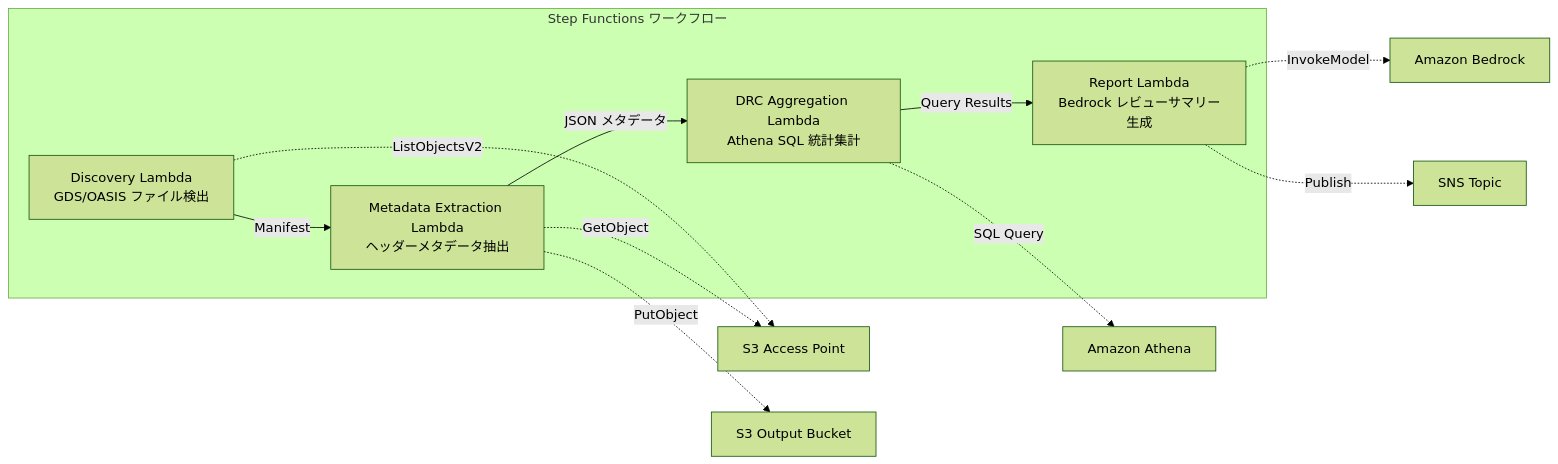
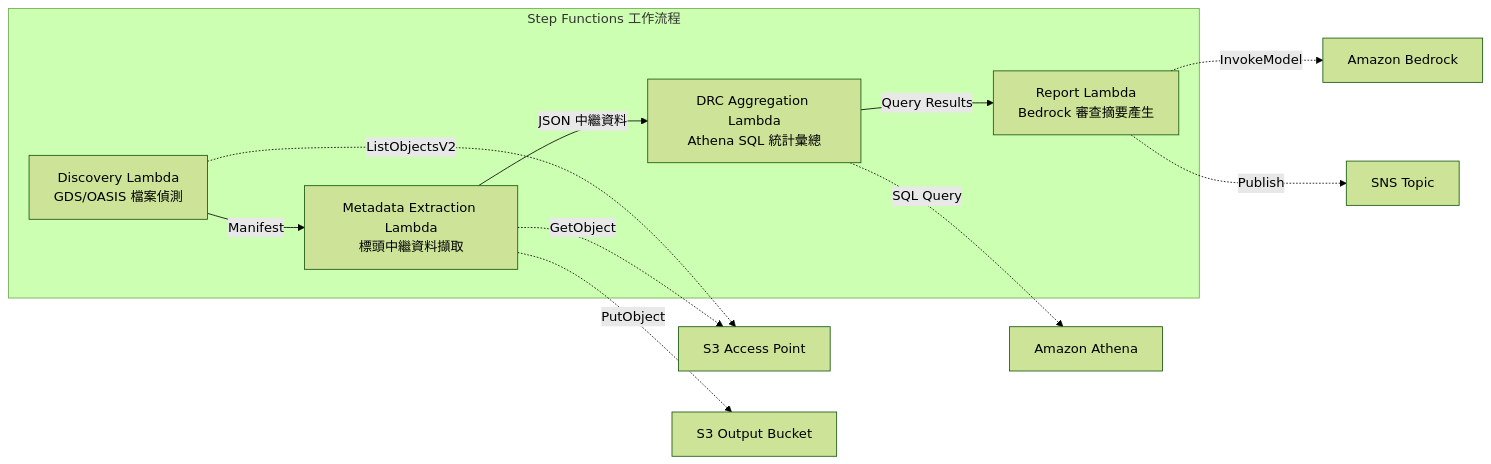
One commit to Yoshiki0705/FSx-for-ONTAP-S3AccessPoints-Serverless-Patterns changed the first of 2 diagrams in solutions/industry/semiconductor-eda/README.zh-TW.md. Above: the diagram before and after it, drawn with Mermaid (forest theme). The commit also changed other lines of this file and 20 other files, not shown here.

````diff
--- a/solutions/industry/semiconductor-eda/README.zh-TW.md
+++ b/solutions/industry/semiconductor-eda/README.zh-TW.md
@@ -57,20 +55,20 @@
 ```mermaid
 graph LR
-    subgraph "Step Functions ワークフロー"
-        D[Discovery Lambda<br/>GDS/OASIS ファイル検出]
-        ME[Metadata Extraction Lambda<br/>ヘッダーメタデータ抽出]
-        DRC[DRC Aggregation Lambda<br/>Athena SQL 統計集計]
-        RPT[Report Lambda<br/>Bedrock レビューサマリー生成]
+    subgraph "Step Functions 工作流程"
+        D[Discovery Lambda<br/>GDS/OASIS 檔案偵測]
+        ME[Metadata Extraction Lambda<br/>標頭中繼資料擷取]
+        DRC[DRC Aggregation Lambda<br/>Athena SQL 統計彙總]
+        RPT[Report Lambda<br/>Bedrock 審查摘要產生]
     end
 
     D -->|Manifest| ME
-    ME -->|JSON メタデータ| DRC
+    ME -->|JSON 中繼資料| DRC
     DRC -->|Query Results| RPT
 
     D -.->|ListObjectsV2| S3AP[S3 Access Point]
     ME -.->|GetObject| S3AP
     ME -.->|PutObject| S3OUT[S3 Output Bucket]
     DRC -.->|SQL Query| Athena[Amazon Athena]
     RPT -.->|InvokeModel| Bedrock[Amazon Bedrock]
     RPT -.->|Publish| SNS[SNS Topic]
 ```
````
